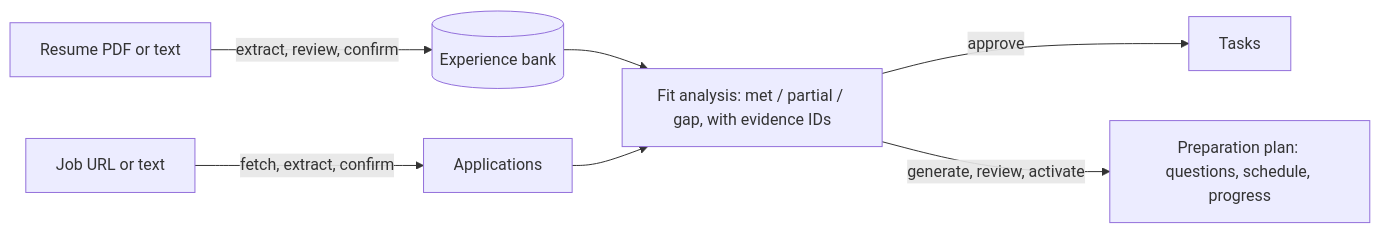
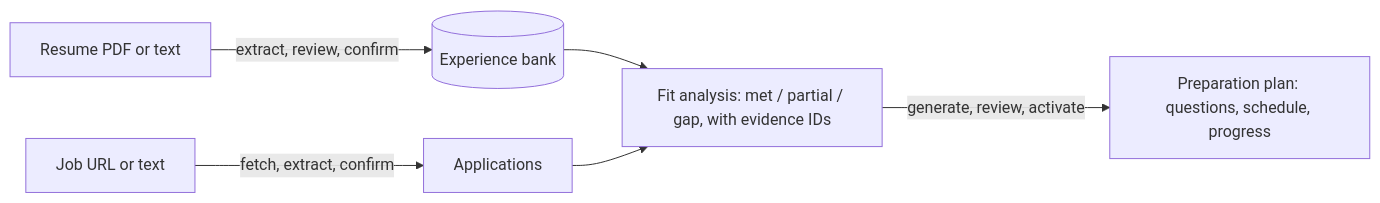
Before and after one commit to horadam/fieldwork: the diagram in README.md, drawn with Mermaid. The commit also changed other lines of this file and 23 other files, not shown here.

````diff
--- a/README.md
+++ b/README.md
@@ -7,9 +7,8 @@
 ```mermaid
 flowchart LR
   R["Resume PDF or text"] -->|"extract, review, confirm"| B[("Experience bank")]
   J["Job URL or text"] -->|"fetch, extract, confirm"| A["Applications"]
   B --> F["Fit analysis: met / partial / gap, with evidence IDs"]
   A --> F
-  F -->|"approve"| T["Tasks"]
   F -->|"generate, review, activate"| P["Preparation plan: questions, schedule, progress"]
 ```
````
